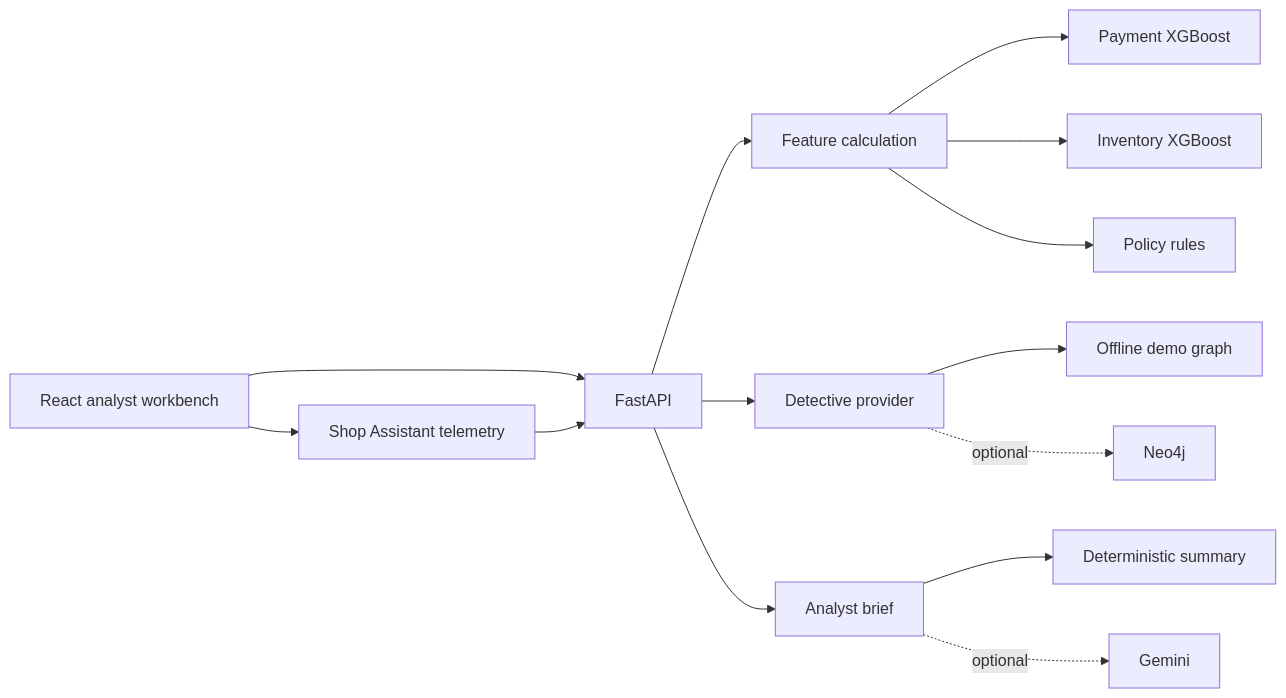
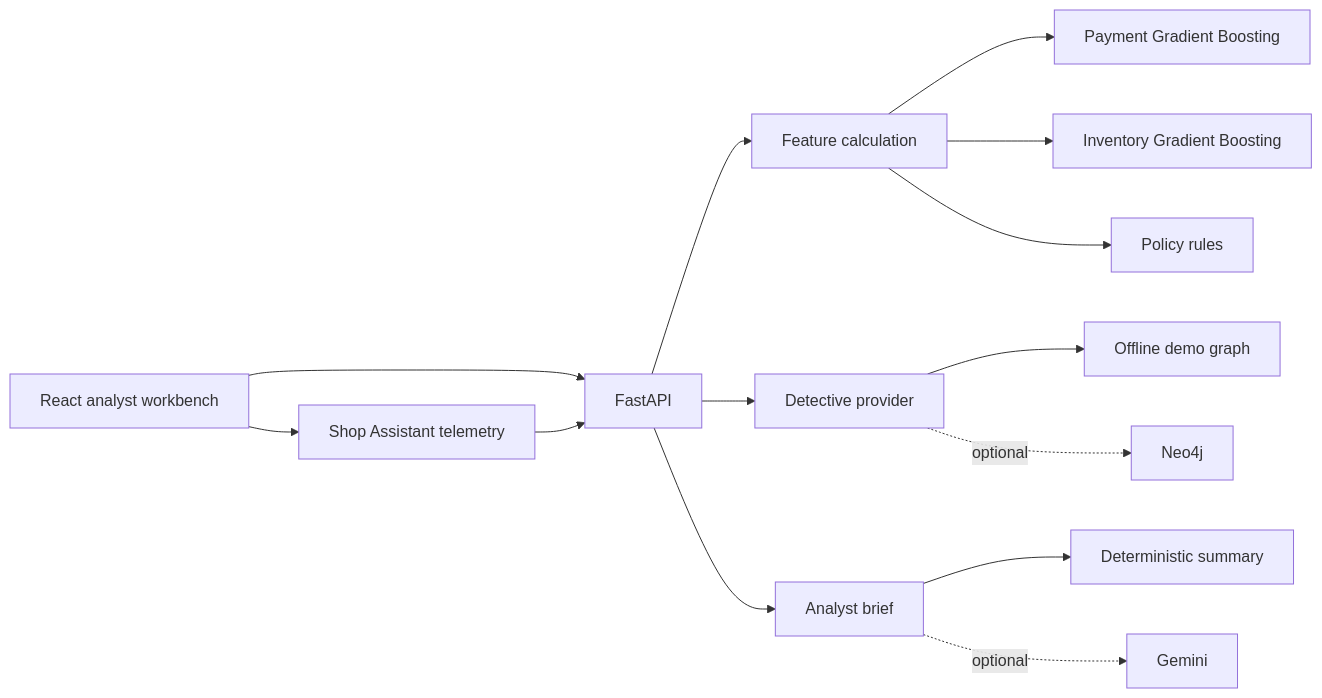
One commit to AASTHA381/sentinel-travel-risk-lab changed the diagram in README.md. Above: the diagram before and after it, drawn with Mermaid. The commit also changed other lines of this file and 15 other files, not shown here.

Commit message:
feat: replace XGBoost with scikit-learn GradientBoostingClassifier for lighter free-tier hosting

````diff
--- a/README.md
+++ b/README.md
@@ -28,16 +28,16 @@
 ```mermaid
 flowchart LR
     UI[React analyst workbench] --> API[FastAPI]
     API --> FE[Feature calculation]
-    FE --> PM[Payment XGBoost]
-    FE --> IM[Inventory XGBoost]
+    FE --> PM[Payment Gradient Boosting]
+    FE --> IM[Inventory Gradient Boosting]
     FE --> RULES[Policy rules]
     UI --> TEL[Shop Assistant telemetry]
     TEL --> API
     API --> GRAPH[Detective provider]
     GRAPH --> LOCAL[Offline demo graph]
     GRAPH -. optional .-> NEO[Neo4j]
     API --> BRIEF[Analyst brief]
     BRIEF --> OFFLINE[Deterministic summary]
     BRIEF -. optional .-> GEMINI[Gemini]
 ```
````
